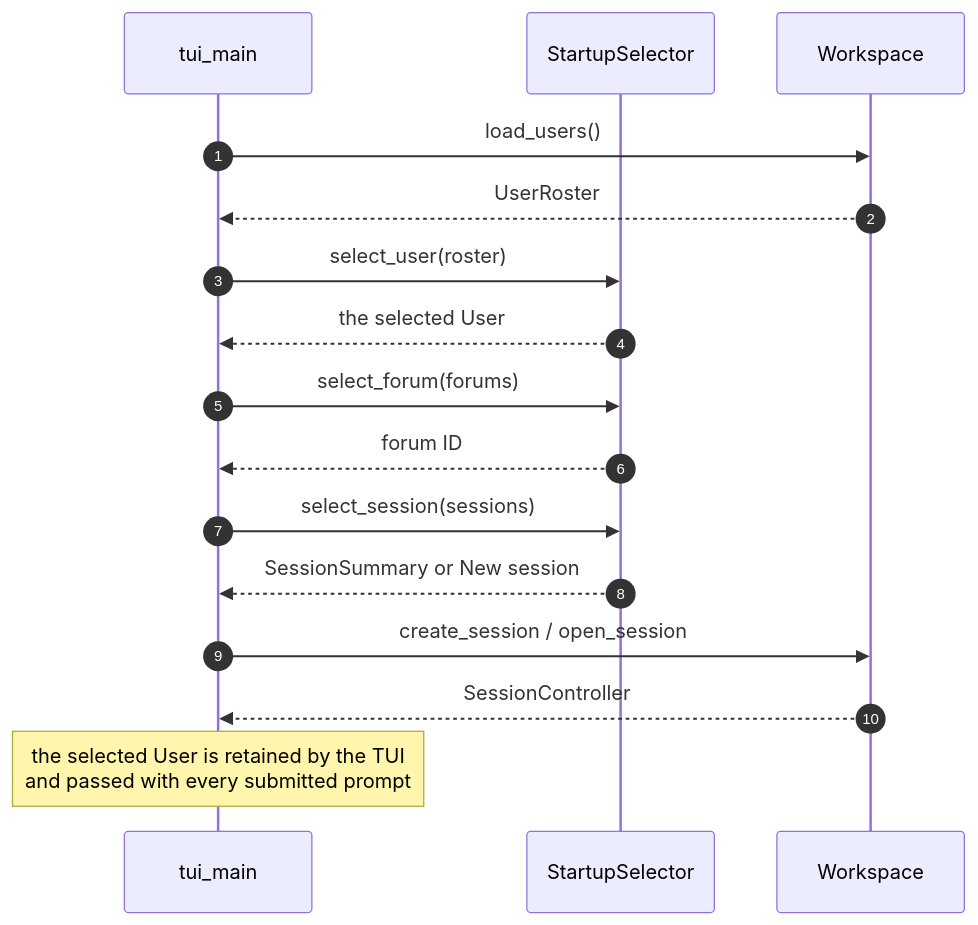
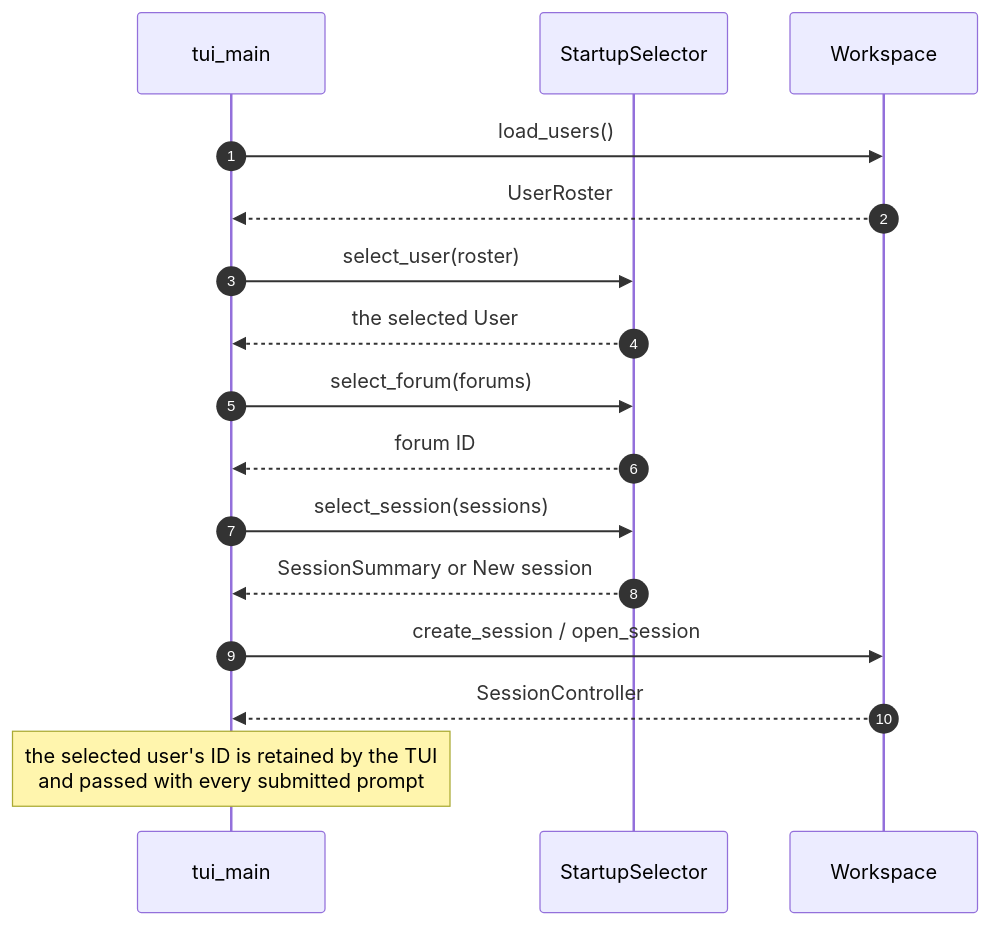
One commit to michaelpopov/cha changed the third of 3 diagrams in docs/user-design.md. Above: the diagram before and after it, drawn with Mermaid. The commit also changed other lines of this file and 41 other files, not shown here.

````diff
--- a/docs/user-design.md
+++ b/docs/user-design.md
@@ -631,19 +636,19 @@
 ```mermaid
 sequenceDiagram
     autonumber
     participant M as tui_main
     participant S as StartupSelector
     participant W as Workspace
 
     M->>W: load_users()
     W-->>M: UserRoster
     M->>S: select_user(roster)
     S-->>M: the selected User
     M->>S: select_forum(forums)
     S-->>M: forum ID
     M->>S: select_session(sessions)
     S-->>M: SessionSummary or New session
     M->>W: create_session / open_session
     W-->>M: SessionController
-    Note over M: the selected User is retained by the TUI<br/>and passed with every submitted prompt
+    Note over M: the selected user's ID is retained by the TUI<br/>and passed with every submitted prompt
 ```
````
